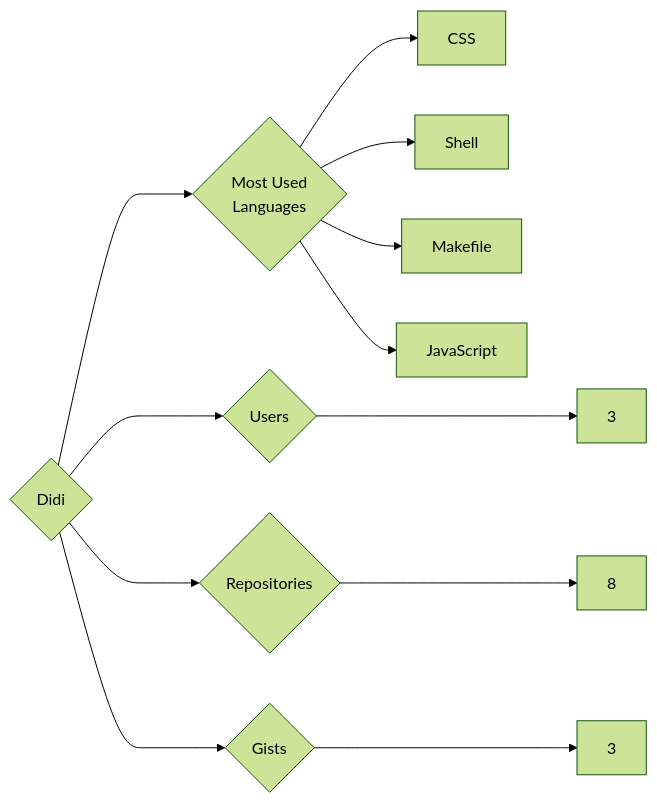
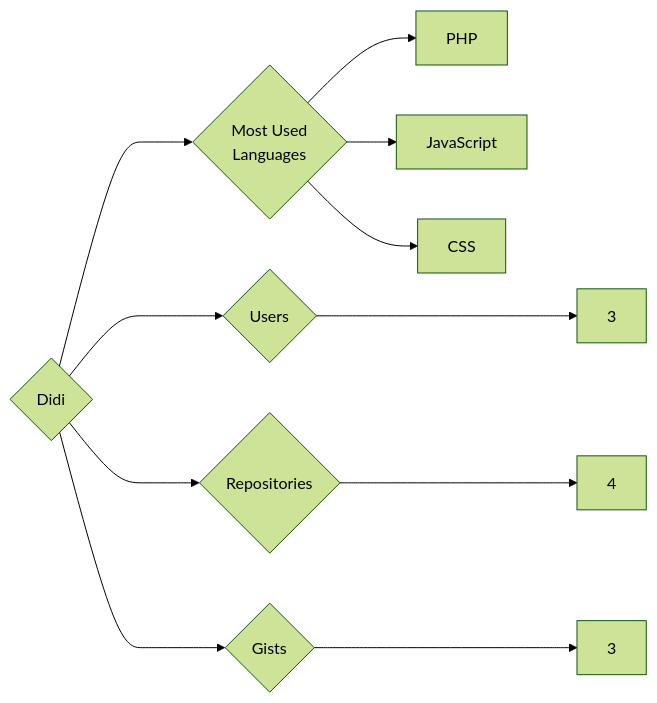
Before and after one commit to trickest/insiders: the diagram in targets/Didi/README.md, drawn with Mermaid (forest theme). The commit also changed 1175 other files, not shown here.

````diff
--- a/targets/Didi/README.md
+++ b/targets/Didi/README.md
@@ -3,12 +3,11 @@
 ```mermaid
 graph LR
 COMPANY_NAME{Didi}
 COMPANY_NAME ---> U{Users} ---> UN[3]
-COMPANY_NAME ---> R{Repositories} ---> RN[8]
+COMPANY_NAME ---> R{Repositories} ---> RN[4]
 COMPANY_NAME ---> G{Gists} ---> GN[3]
 COMPANY_NAME ---> ML{Most Used<br>Languages}
+ML --> PHP[PHP]
+ML --> JavaScript[JavaScript]
 ML --> CSS[CSS]
-ML --> Shell[Shell]
-ML --> Makefile[Makefile]
-ML --> JavaScript[JavaScript]
 ```
````
